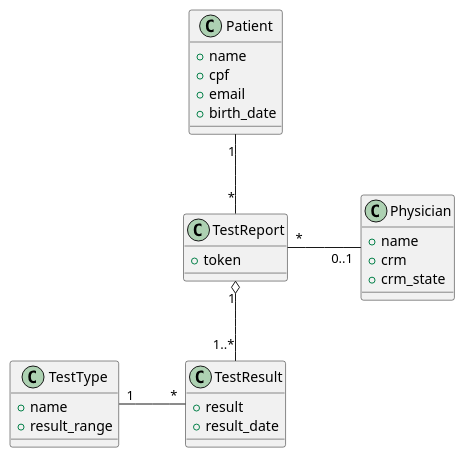
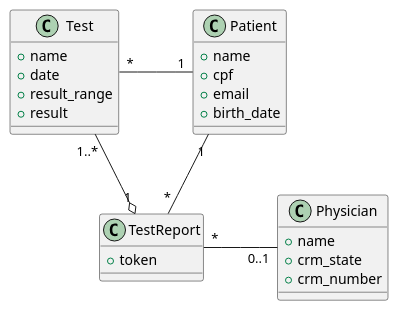
Before and after one commit to kyriri/sinatra_app: the diagram in docs/domain.puml, drawn with PlantUML. The commit also changed 1 other file, not shown here.

```diff
--- a/docs/domain.puml
+++ b/docs/domain.puml
@@ -3,42 +3,37 @@
 @startuml "Lab Tests API"
 
 class Physician {
   +name
-  +crm
   +crm_state
+  +crm_number
 }
 
 class Patient {
   +name
   +cpf
   +email
   +birth_date
 }
 
-class TestType {
+class Test {
   +name
+  +date
   +result_range
-}
-
-class TestResult {
   +result
-  +result_date
 }
 
 class TestReport {
   +token
 }
 
 Patient "1" -- "*" TestReport
 
-TestReport "1" o-- "1..*" TestResult
+Test "1..*" -o "1" TestReport
 
-TestType "1" - "*" TestResult : "         "
-' A result belongs to a test type
-' A test type can have zero or more results
+Test "*" - "1" Patient : "           "
 
 TestReport "*" - "0..1" Physician : "           "
 ' A physician may ask (a patient to do) many lab tests, which will come together in a test report
 ' Each test report may have zero or one physician (since sometimes the patient can ask for a test also)
 
 @enduml
```
